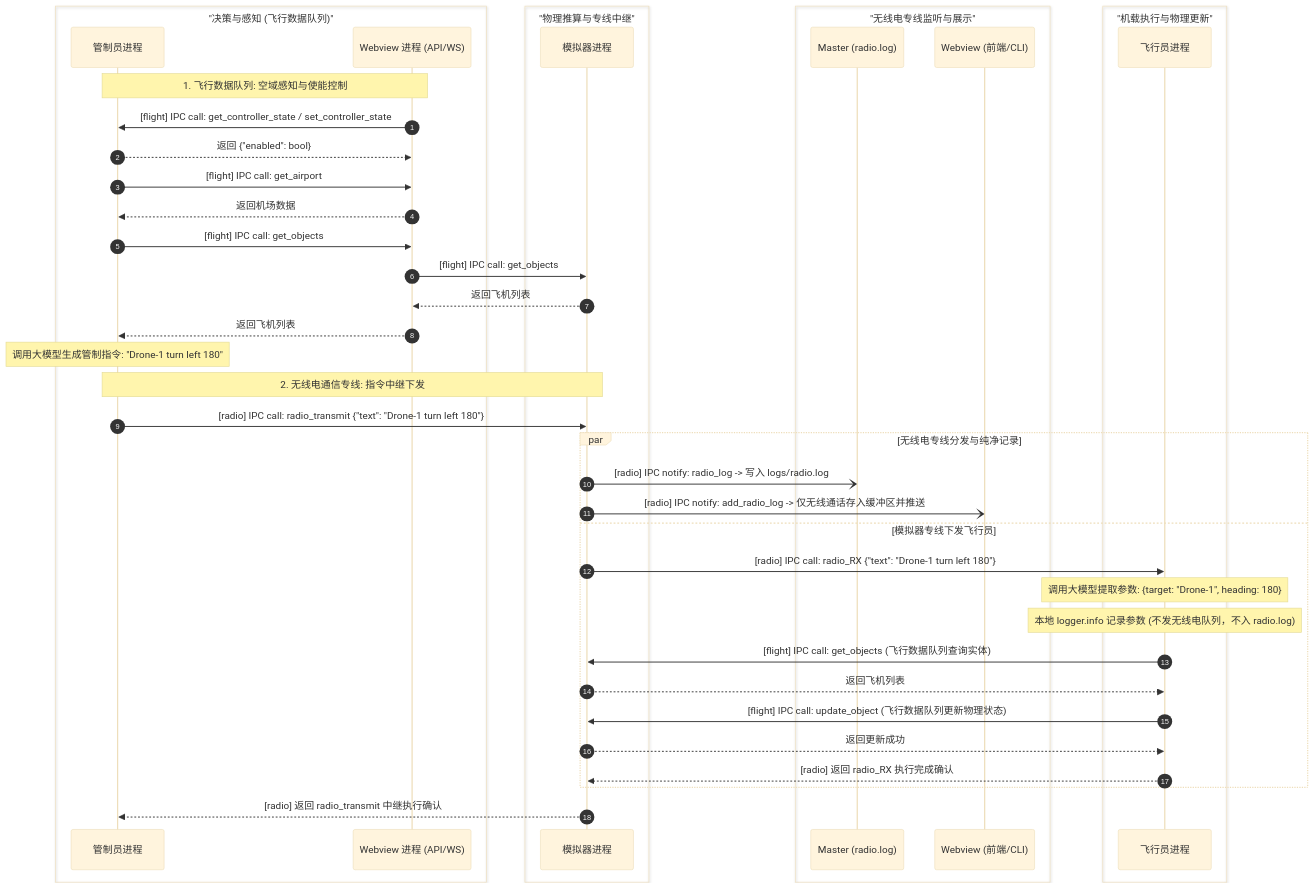
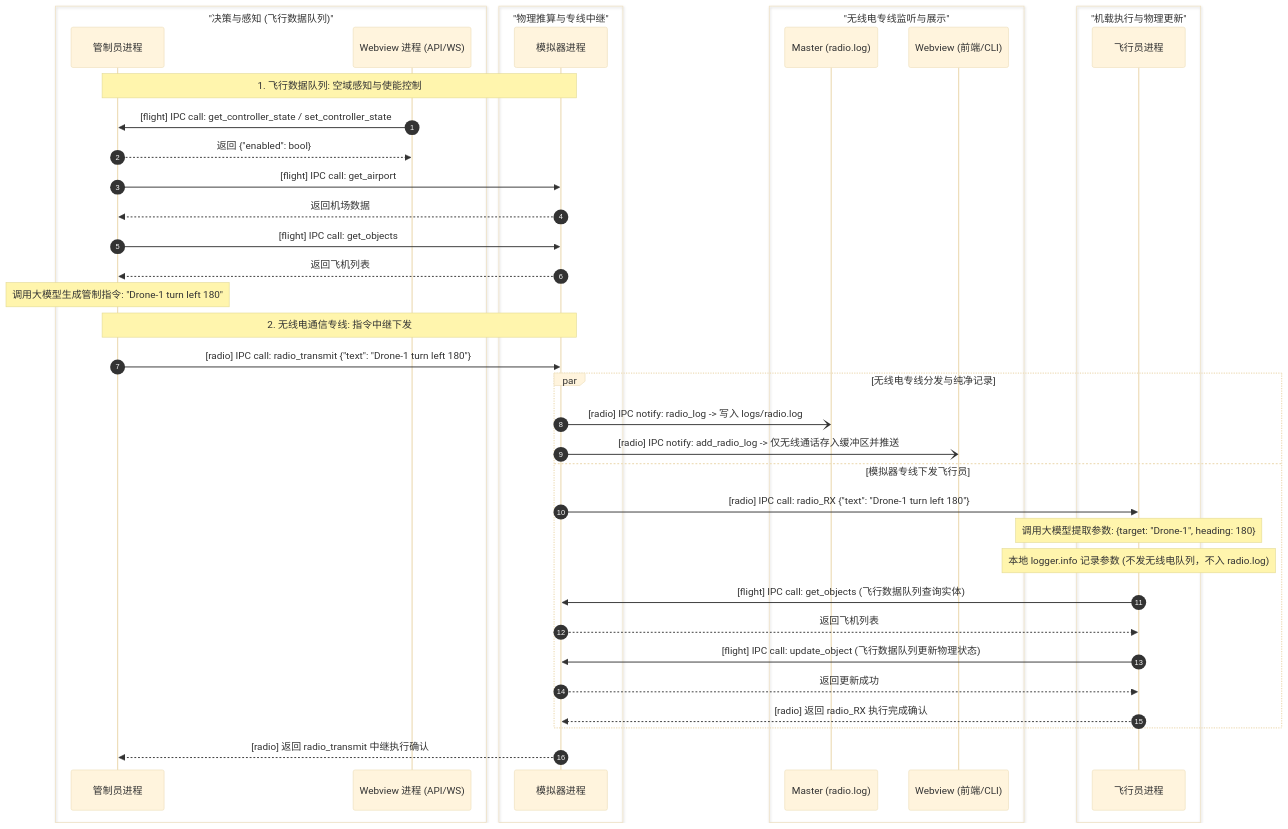
One commit to mugendainayumeatono/test_of_realtime_AI_agent changed the first of 3 diagrams in doc/README.md. Above: the diagram before and after it, drawn with Mermaid (base theme). The commit also changed other lines of this file and 8 other files, not shown here.

````diff
--- a/doc/README.md
+++ b/doc/README.md
@@ -202,48 +202,47 @@
 ```mermaid
 sequenceDiagram
     autonumber
     box "决策与感知 (飞行数据队列)" #f9f9f9
     participant Controller as 管制员进程
     participant Webview as Webview 进程 (API/WS)
     end
     box "物理推算与专线中继" #e8f4f8
     participant Simulator as 模拟器进程
     end
     box "无线电专线监听与展示" #f0fff0
     participant MasterRadio as Master (radio.log)
     participant WebviewRadio as Webview (前端/CLI)
     end
     box "机载执行与物理更新" #fff0f5
     participant Pilot as 飞行员进程
     end
 
-    Note over Controller, Webview: 1. 飞行数据队列: 空域感知与使能控制
+    Note over Controller, Simulator: 1. 飞行数据队列: 空域感知与使能控制
     Webview->>Controller: [flight] IPC call: get_controller_state / set_controller_state
     Controller-->>Webview: 返回 {"enabled": bool}
-    Controller->>Webview: [flight] IPC call: get_airport
-    Webview-->>Controller: 返回机场数据
-    Controller->>Webview: [flight] IPC call: get_objects
-    Webview->>Simulator: [flight] IPC call: get_objects
-    Simulator-->>Webview: 返回飞机列表
-    Webview-->>Controller: 返回飞机列表
+    Controller->>Simulator: [flight] IPC call: get_airport
+    Simulator-->>Controller: 返回机场数据
+    Controller->>Simulator: [flight] IPC call: get_objects
+    Simulator-->>Controller: 返回飞机列表
+
 
     Note over Controller: 调用大模型生成管制指令: "Drone-1 turn left 180"
     Note over Controller, Simulator: 2. 无线电通信专线: 指令中继下发
     Controller->>Simulator: [radio] IPC call: radio_transmit {"text": "Drone-1 turn left 180"}
 
     par 无线电专线分发与纯净记录
         Simulator-)MasterRadio: [radio] IPC notify: radio_log -> 写入 logs/radio.log
         Simulator-)WebviewRadio: [radio] IPC notify: add_radio_log -> 仅无线通话存入缓冲区并推送
     and 模拟器专线下发飞行员
         Simulator->>Pilot: [radio] IPC call: radio_RX {"text": "Drone-1 turn left 180"}
         Note over Pilot: 调用大模型提取参数: {target: "Drone-1", heading: 180}
         Note over Pilot: 本地 logger.info 记录参数 (不发无线电队列，不入 radio.log)
         Pilot->>Simulator: [flight] IPC call: get_objects (飞行数据队列查询实体)
         Simulator-->>Pilot: 返回飞机列表
         Pilot->>Simulator: [flight] IPC call: update_object (飞行数据队列更新物理状态)
         Simulator-->>Pilot: 返回更新成功
         Pilot-->>Simulator: [radio] 返回 radio_RX 执行完成确认
     end
 
     Simulator-->>Controller: [radio] 返回 radio_transmit 中继执行确认
 ```
````
